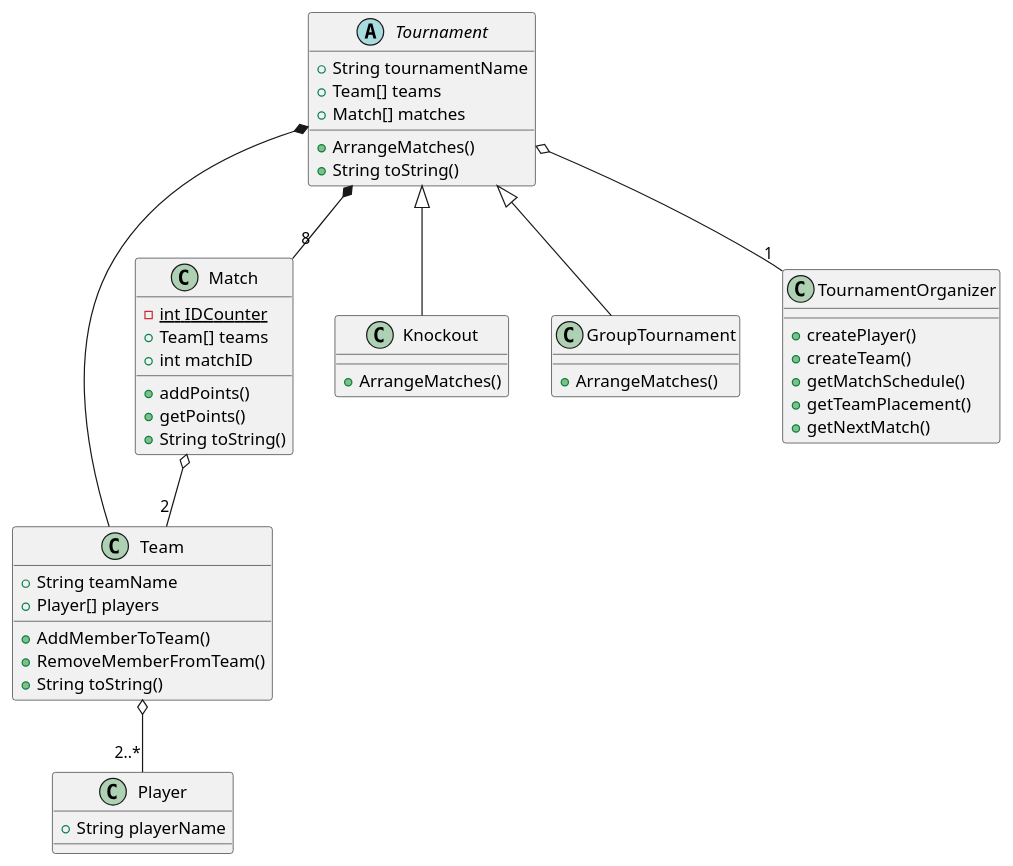
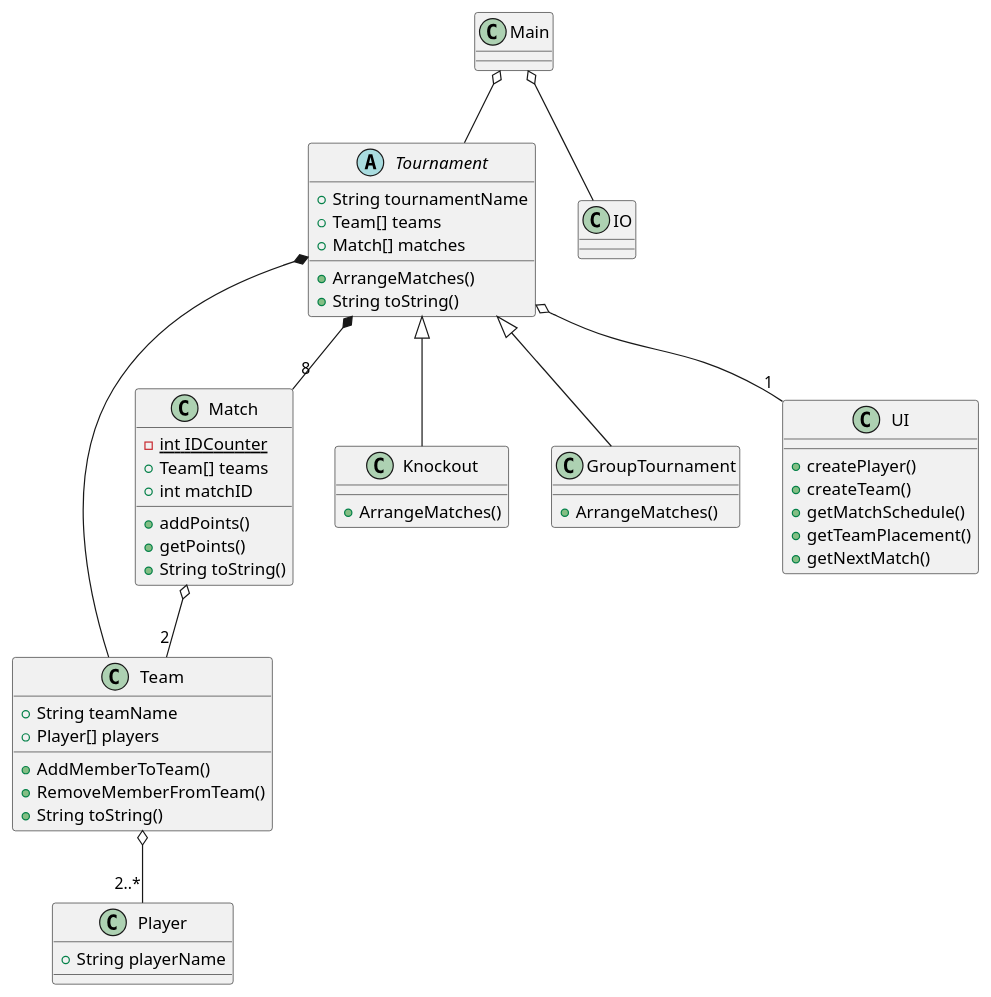
Before and after one commit to DeRp-DaWg/SP3: the diagram in doc/Class.puml, drawn with PlantUML.

```diff
--- a/doc/Class.puml
+++ b/doc/Class.puml
@@ -1,58 +1,66 @@
 @startuml
 'https://plantuml.com/class-diagram
 
 
 class Player {
 +String playerName
 }
 
 class Team {
 +String teamName
 +Player[] players
 +AddMemberToTeam()
 +RemoveMemberFromTeam()
 +String toString()
 }
 
 class Match{
 -int {static} IDCounter
 +Team[] teams
 +int matchID
 +addPoints()
 +getPoints()
 +String toString()
 }
 
 abstract Tournament {
 +String tournamentName
 +Team[] teams
 +Match[] matches
 +ArrangeMatches()
 +String toString()
 }
 
 class Knockout{
 +ArrangeMatches()
 }
 
 class GroupTournament{
 +ArrangeMatches()
 }
 
-class TournamentOrganizer {
+class UI {
 +createPlayer()
 +createTeam()
 +getMatchSchedule()
 +getTeamPlacement()
 +getNextMatch()
 }
 
-Tournament o-- "1" TournamentOrganizer
+class IO {
+}
+
+class Main{
+}
+
+Main o-- Tournament
+Main o-- IO
+Tournament o-- "1" UI
 Tournament *-- "8" Match
 Tournament *-- Team
 Match o-- "2" Team
 Team o-- "2..*" Player
 Tournament <|-- Knockout
 Tournament <|-- GroupTournament
 
 @enduml
```
